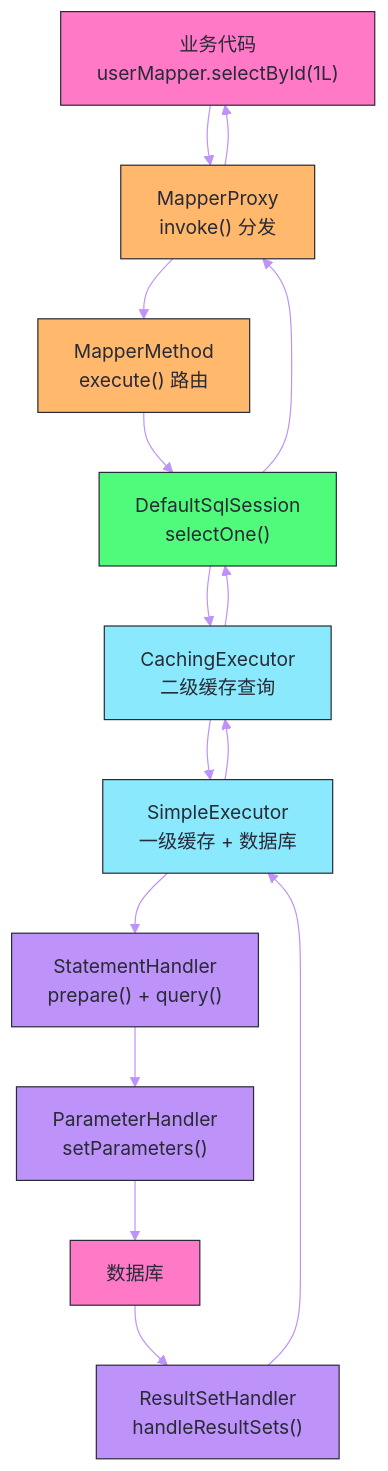
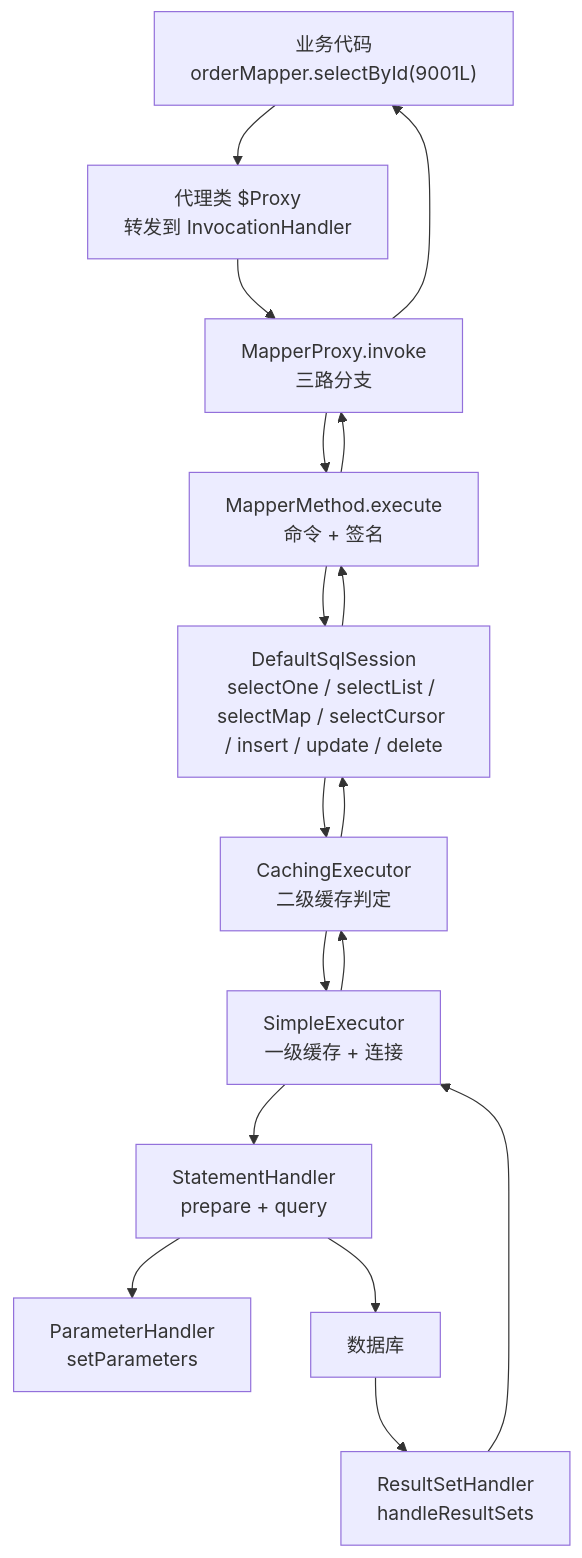
One commit to hpliStartAgain/my-brain changed the fifth of 5 diagrams in content/Java/Mybatis/08 Mapper接口的代理实现——MapperProxy与MapperMethod.md. Above: the diagram before and after it, drawn with Mermaid. The commit also changed other lines of this file and 455 other files, not shown here.

````diff
--- a/content/Java/Mybatis/08 Mapper接口的代理实现——MapperProxy与MapperMethod.md
+++ b/content/Java/Mybatis/08 Mapper接口的代理实现——MapperProxy与MapperMethod.md
@@ -622,23 +983,20 @@
 ```mermaid
-%%{init: {'theme': 'base', 'themeVariables': {'primaryColor': '#6272a4', 'primaryTextColor': '#f8f8f2', 'primaryBorderColor': '#44475a', 'lineColor': '#bd93f9', 'secondaryColor': '#44475a', 'tertiaryColor': '#282a36', 'background': '#282a36', 'mainBkg': '#44475a', 'nodeBorder': '#6272a4', 'clusterBkg': '#282a36', 'titleColor': '#f8f8f2', 'edgeLabelBackground': '#44475a', 'fontFamily': 'monospace'}}}%%
+%%{init: {'theme': 'dracula'}}%%
 graph TD
-    classDef client fill:#ff79c6,stroke:#282a36,color:#282a36
-    classDef proxy fill:#ffb86c,stroke:#282a36,color:#282a36
-    classDef session fill:#50fa7b,stroke:#282a36,color:#282a36
-    classDef executor fill:#8be9fd,stroke:#282a36,color:#282a36
-    classDef handler fill:#bd93f9,stroke:#282a36,color:#282a36
-
-    A["业务代码</br>userMapper.selectById(1L)"]:::client
-    B["MapperProxy</br>invoke() 分发"]:::proxy
-    C["MapperMethod</br>execute() 路由"]:::proxy
-    D["DefaultSqlSession</br>selectOne()"]:::session
-    E["CachingExecutor</br>二级缓存查询"]:::executor
-    F["SimpleExecutor</br>一级缓存 + 数据库"]:::executor
-    G["StatementHandler</br>prepare() + query()"]:::handler
-    H["ParameterHandler</br>setParameters()"]:::handler
-    I["ResultSetHandler</br>handleResultSets()"]:::handler
-    J["数据库"]:::client
-
-    A --> B --> C --> D --> E --> F --> G --> H --> J
-    J --> I --> F --> E --> D --> B --> A
+    A["业务代码<br/>orderMapper.selectById(9001L)"] --> B["代理类 $Proxy<br/>转发到 InvocationHandler"]
+    B --> C["MapperProxy.invoke<br/>三路分支"]
+    C --> D["MapperMethod.execute<br/>命令 + 签名"]
+    D --> E["DefaultSqlSession<br/>selectOne / selectList / selectMap / selectCursor / insert / update / delete"]
+    E --> F["CachingExecutor<br/>二级缓存判定"]
+    F --> G["SimpleExecutor<br/>一级缓存 + 连接"]
+    G --> H["StatementHandler<br/>prepare + query"]
+    H --> I["ParameterHandler<br/>setParameters"]
+    H --> J["数据库"]
+    J --> K["ResultSetHandler<br/>handleResultSets"]
+    K --> G
+    G --> F
+    F --> E
+    E --> D
+    D --> C
+    C --> A
 ```
````
